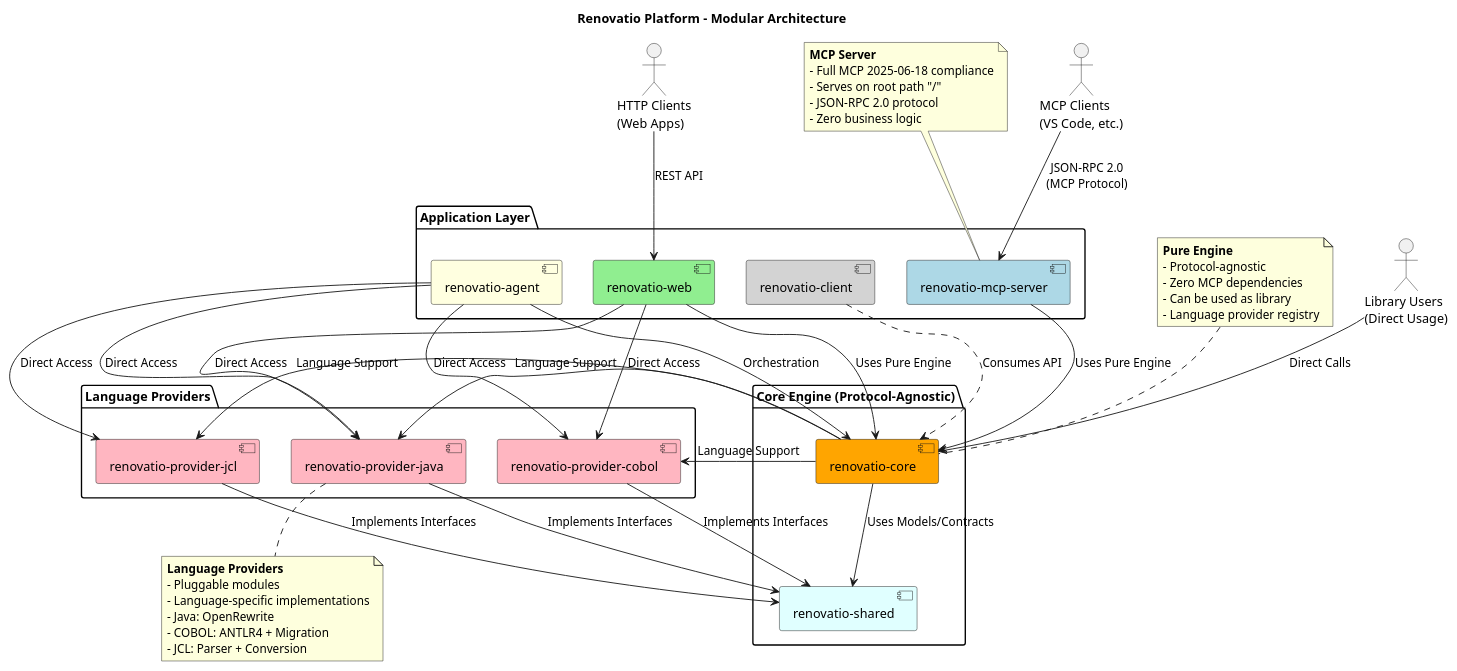
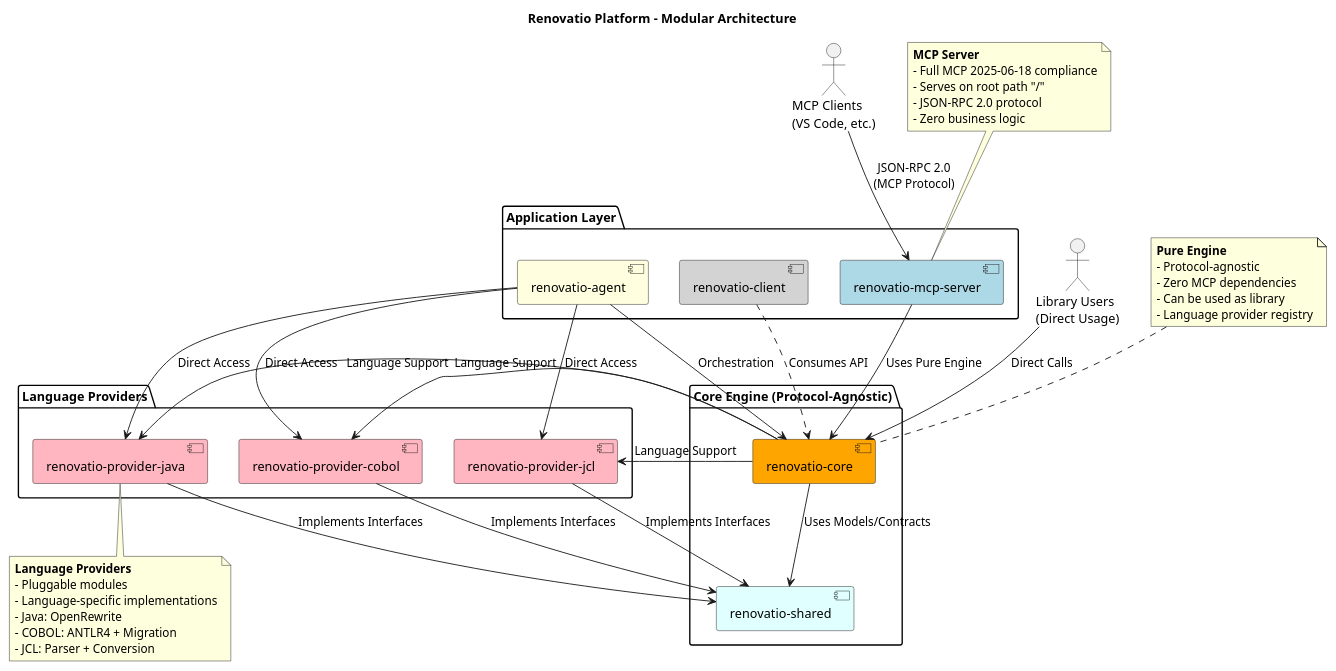
The diagram in component.puml (accentureshark/renovatio), drawn with PlantUML before and after one commit. The commit also changed 41 other files, not shown here.

```diff
--- a/component.puml
+++ b/component.puml
@@ -1,86 +1,80 @@
 @startuml
 ' Renovatio Architecture - MCP Server and Core Engine Separation
 
 title Renovatio Platform - Modular Architecture
 
 ' External clients
 actor "MCP Clients\n(VS Code, etc.)" as mcp_clients
-actor "HTTP Clients\n(Web Apps)" as http_clients
 actor "Library Users\n(Direct Usage)" as lib_users
 
 ' Main application modules
 package "Application Layer" {
   [renovatio-mcp-server] as mcp_server #LightBlue
-  [renovatio-web] as web #LightGreen
   [renovatio-agent] as agent #LightYellow
   [renovatio-client] as client #LightGray
 }
 
 ' Core engine (protocol-agnostic)
 package "Core Engine (Protocol-Agnostic)" {
   [renovatio-core] as core #Orange
   [renovatio-shared] as shared #LightCyan
 }
 
 ' Language providers (pluggable modules)
 package "Language Providers" {
   [renovatio-provider-java] as java_provider #LightPink
   [renovatio-provider-cobol] as cobol_provider #LightPink
   [renovatio-provider-jcl] as jcl_provider #LightPink
 }
 
 ' Client connections
 mcp_clients --> mcp_server : JSON-RPC 2.0\n(MCP Protocol)
-http_clients --> web : REST API
 lib_users --> core : Direct Calls
 
 ' Application layer dependencies
 mcp_server --> core : Uses Pure Engine
-web --> core : Uses Pure Engine
 agent --> core : Orchestration
 client ..> core : Consumes API
 
 ' Core engine structure
 core --> shared : Uses Models/Contracts
 core --> java_provider : Language Support
 core --> cobol_provider : Language Support
 core --> jcl_provider : Language Support
 
 ' Provider dependencies
 java_provider --> shared : Implements Interfaces
 cobol_provider --> shared : Implements Interfaces
 jcl_provider --> shared : Implements Interfaces
 
 ' Cross-module usage
 agent --> java_provider : Direct Access
 agent --> cobol_provider : Direct Access
 agent --> jcl_provider : Direct Access
-web --> java_provider : Direct Access
-web --> cobol_provider : Direct Access
 
 note top of mcp_server
   **MCP Server**
   - Full MCP 2025-06-18 compliance
   - Serves on root path "/"
   - JSON-RPC 2.0 protocol
   - Zero business logic
 end note
 
 note top of core
   **Pure Engine**
   - Protocol-agnostic
   - Zero MCP dependencies
   - Can be used as library
   - Language provider registry
 end note
 
 note bottom of java_provider
   **Language Providers**
   - Pluggable modules
   - Language-specific implementations
   - Java: OpenRewrite
   - COBOL: ANTLR4 + Migration
   - JCL: Parser + Conversion
 end note
 
 @enduml
```
